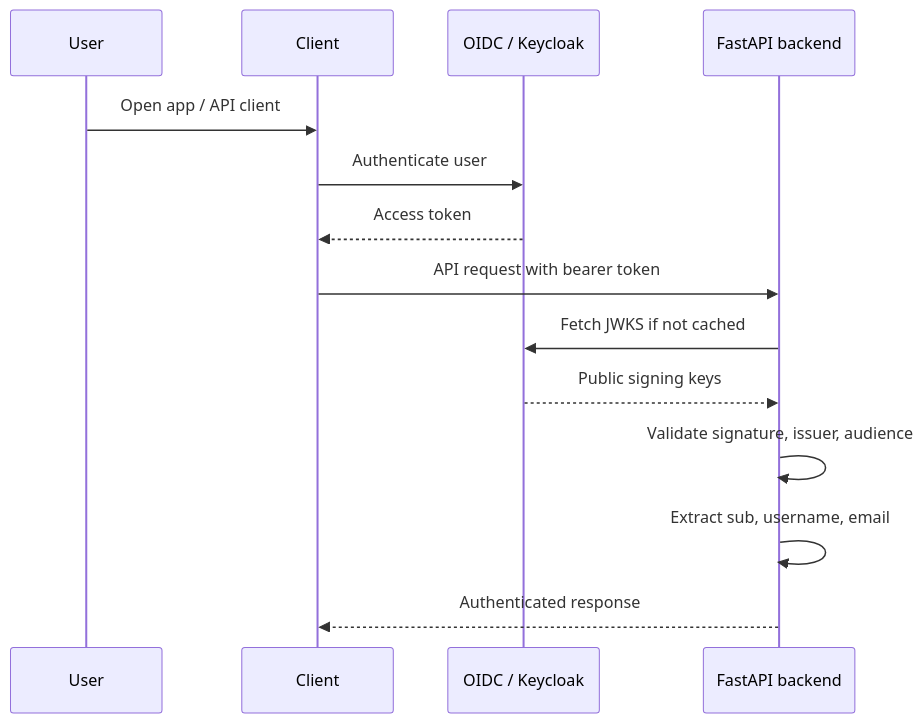
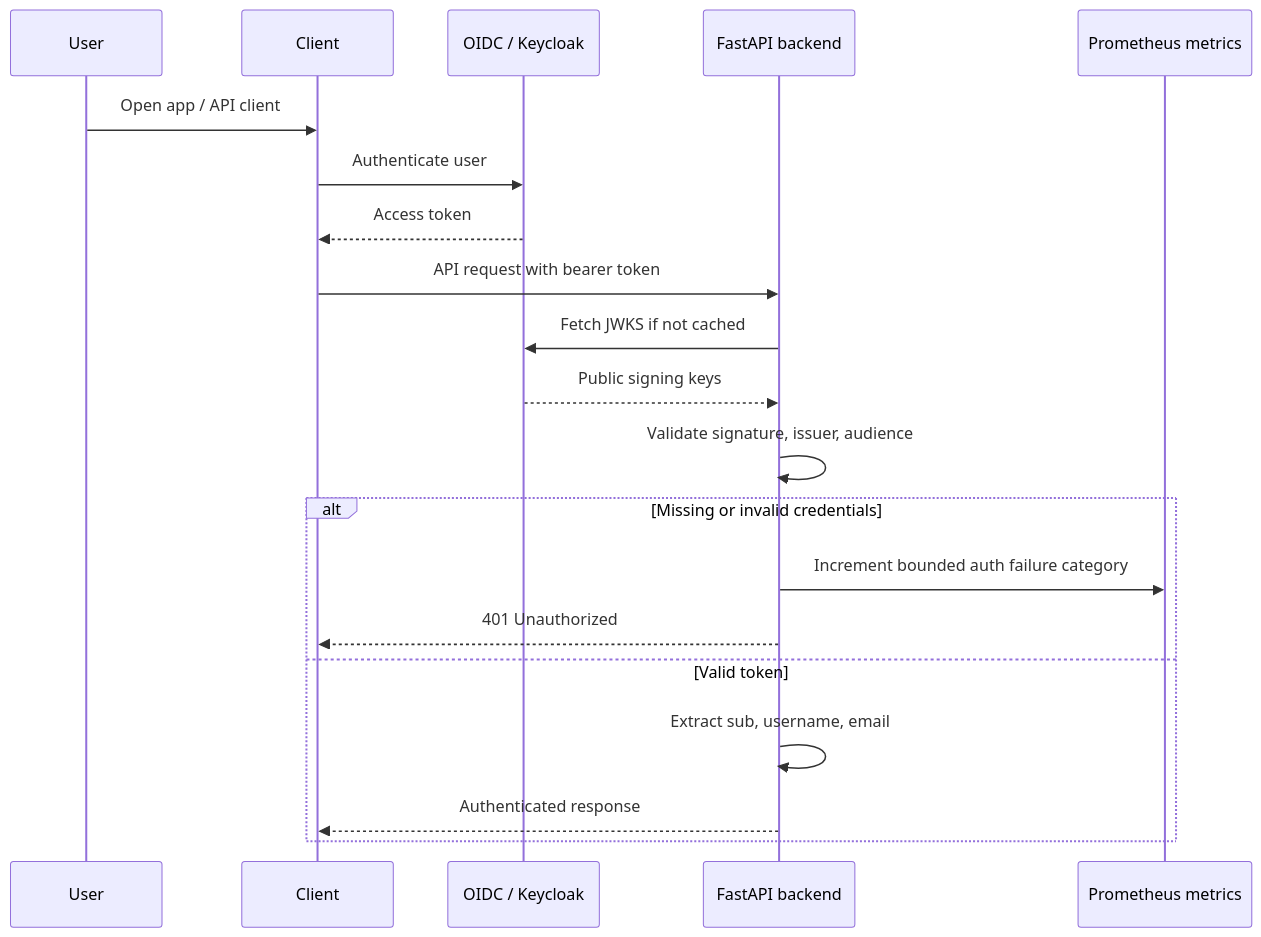
Before and after one commit to GeekStartup/spend-analyzer: the fourth of 9 diagrams in docs/HLD.md, drawn with Mermaid. The commit also changed other lines of this file and 45 other files, not shown here.

````diff
--- a/docs/HLD.md
+++ b/docs/HLD.md
@@ -136,17 +239,23 @@
 ```mermaid
 sequenceDiagram
     participant User
     participant Client
     participant IdP as OIDC / Keycloak
     participant API as FastAPI backend
+    participant Metrics as Prometheus metrics
 
     User->>Client: Open app / API client
     Client->>IdP: Authenticate user
     IdP-->>Client: Access token
     Client->>API: API request with bearer token
     API->>IdP: Fetch JWKS if not cached
     IdP-->>API: Public signing keys
     API->>API: Validate signature, issuer, audience
-    API->>API: Extract sub, username, email
-    API-->>Client: Authenticated response
+    alt Missing or invalid credentials
+        API->>Metrics: Increment bounded auth failure category
+        API-->>Client: 401 Unauthorized
+    else Valid token
+        API->>API: Extract sub, username, email
+        API-->>Client: Authenticated response
+    end
 ```
````
